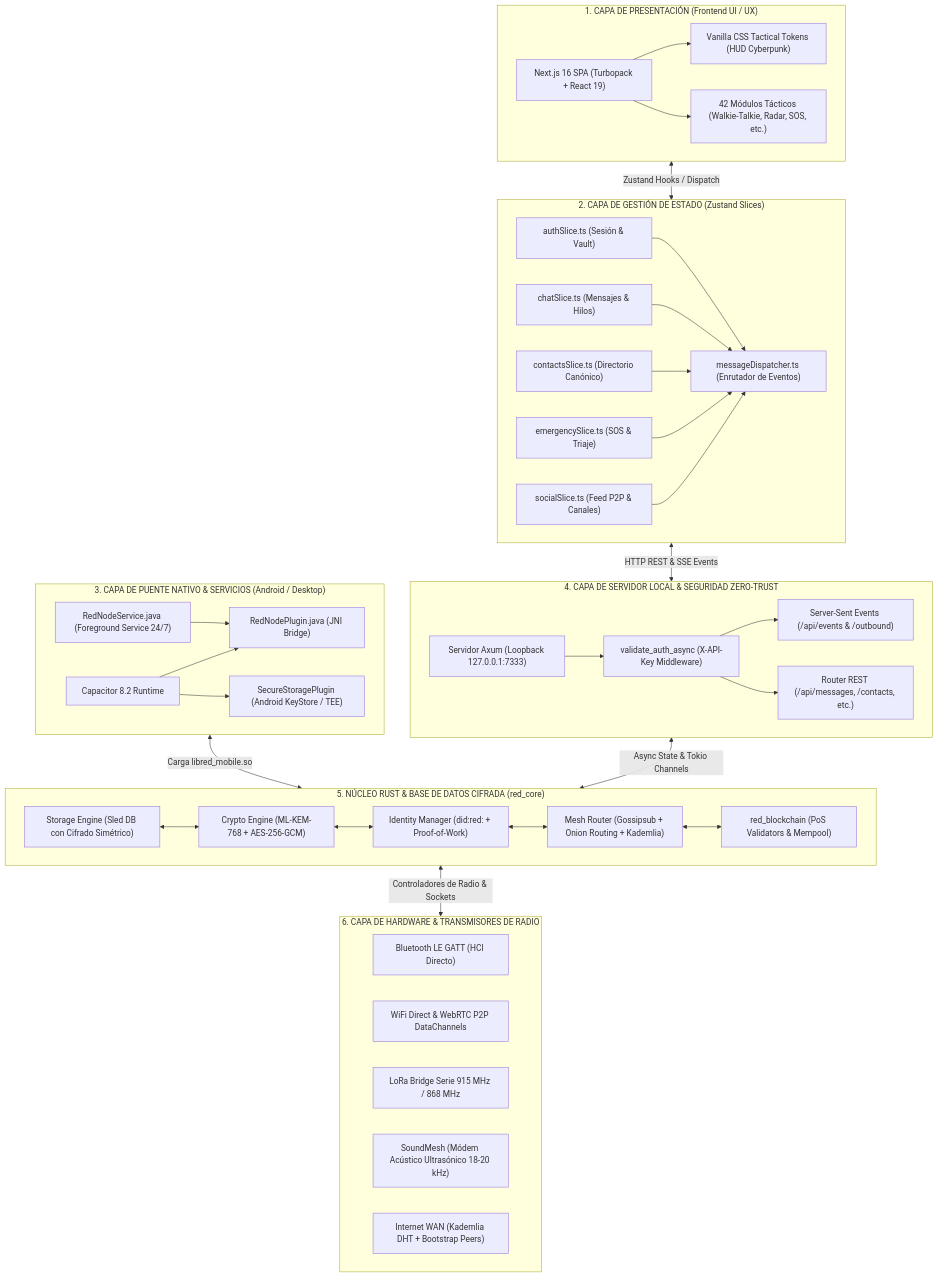
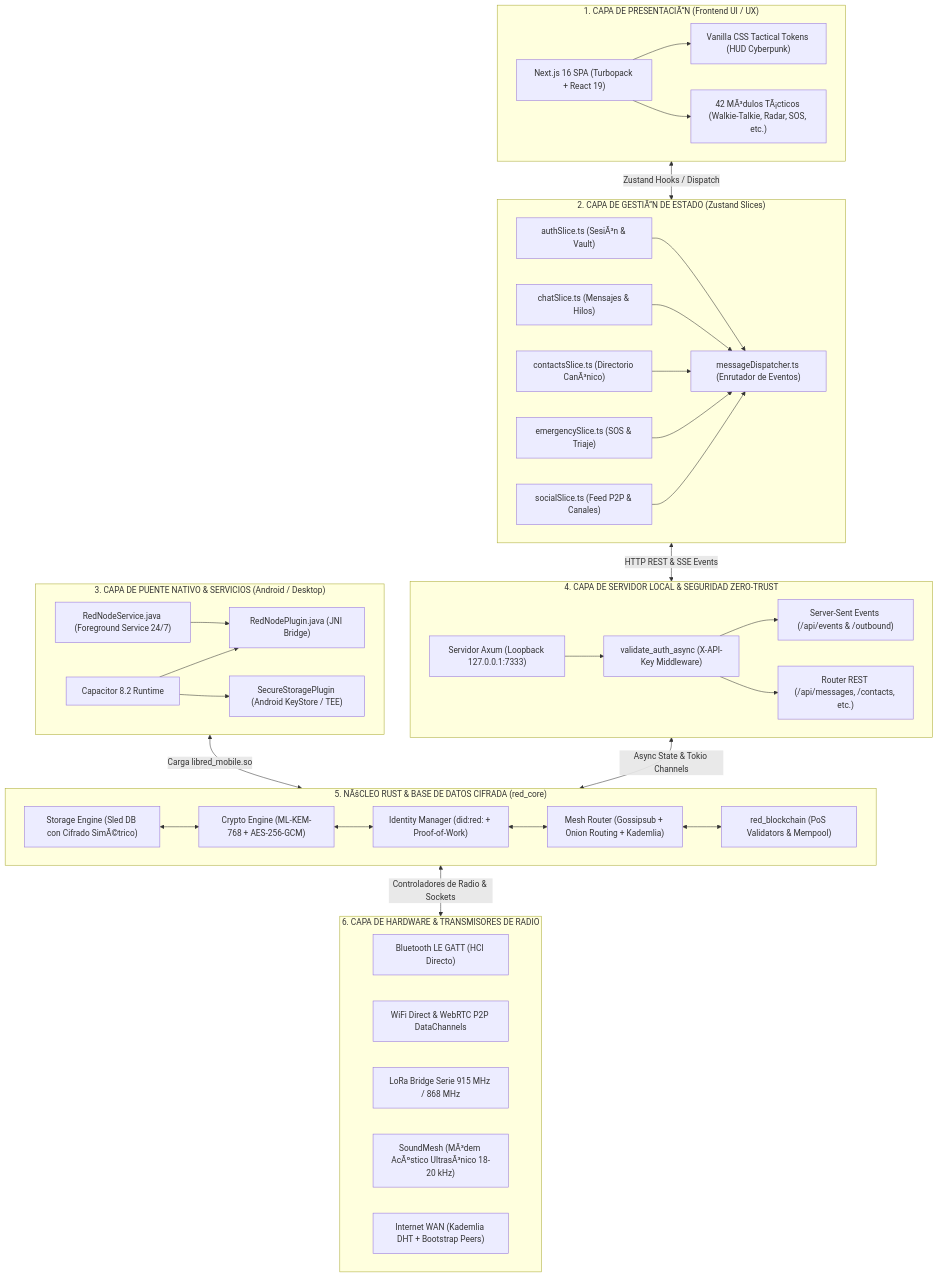
One commit to DarckRovert/RED changed the first of 5 diagrams in ARCHITECTURE.md. Above: the diagram before and after it, drawn with Mermaid. The commit also changed other lines of this file and 49 other files, not shown here.

````diff
--- a/ARCHITECTURE.md
+++ b/ARCHITECTURE.md
@@ -22,74 +22,74 @@
 ```mermaid
 graph TD
-    subgraph CAPA_1_PRESENTACION ["1. CAPA DE PRESENTACIÓN (Frontend UI / UX)"]
+    subgraph CAPA_1_PRESENTACION ["1. CAPA DE PRESENTACIÃ“N (Frontend UI / UX)"]
         UI_SPA["Next.js 16 SPA (Turbopack + React 19)"]
         CSS_TOKENS["Vanilla CSS Tactical Tokens (HUD Cyberpunk)"]
-        MOD_CATALOG["42 Módulos Tácticos (Walkie-Talkie, Radar, SOS, etc.)"]
+        MOD_CATALOG["42 MÃ³dulos TÃ¡cticos (Walkie-Talkie, Radar, SOS, etc.)"]
         UI_SPA --> CSS_TOKENS
         UI_SPA --> MOD_CATALOG
     end
 
-    subgraph CAPA_2_ESTADO ["2. CAPA DE GESTIÓN DE ESTADO (Zustand Slices)"]
-        Z_AUTH["authSlice.ts (Sesión & Vault)"]
+    subgraph CAPA_2_ESTADO ["2. CAPA DE GESTIÃ“N DE ESTADO (Zustand Slices)"]
+        Z_AUTH["authSlice.ts (SesiÃ³n & Vault)"]
         Z_CHAT["chatSlice.ts (Mensajes & Hilos)"]
-        Z_CONTACTS["contactsSlice.ts (Directorio Canónico)"]
+        Z_CONTACTS["contactsSlice.ts (Directorio CanÃ³nico)"]
         Z_EMERGENCY["emergencySlice.ts (SOS & Triaje)"]
         Z_SOCIAL["socialSlice.ts (Feed P2P & Canales)"]
         DISPATCHER["messageDispatcher.ts (Enrutador de Eventos)"]
         
         Z_AUTH --> DISPATCHER
         Z_CHAT --> DISPATCHER
         Z_CONTACTS --> DISPATCHER
         Z_EMERGENCY --> DISPATCHER
         Z_SOCIAL --> DISPATCHER
     end
 
     subgraph CAPA_3_PUENTE ["3. CAPA DE PUENTE NATIVO & SERVICIOS (Android / Desktop)"]
         CAP_BRIDGE["Capacitor 8.2 Runtime"]
         JNI_PLUGIN["RedNodePlugin.java (JNI Bridge)"]
         BG_SERVICE["RedNodeService.java (Foreground Service 24/7)"]
         SEC_STORE["SecureStoragePlugin (Android KeyStore / TEE)"]
         
         CAP_BRIDGE --> JNI_PLUGIN
         CAP_BRIDGE --> SEC_STORE
         BG_SERVICE --> JNI_PLUGIN
     end
 
     subgraph CAPA_4_SERVIDOR ["4. CAPA DE SERVIDOR LOCAL & SEGURIDAD ZERO-TRUST"]
         AXUM_SRV["Servidor Axum (Loopback 127.0.0.1:7333)"]
         AUTH_MW["validate_auth_async (X-API-Key Middleware)"]
         SSE_STREAM["Server-Sent Events (/api/events & /outbound)"]
         REST_ROUTES["Router REST (/api/messages, /contacts, etc.)"]
         
         AXUM_SRV --> AUTH_MW
         AUTH_MW --> SSE_STREAM
         AUTH_MW --> REST_ROUTES
     end
 
-    subgraph CAPA_5_RUST_CORE ["5. NÚCLEO RUST & BASE DE DATOS CIFRADA (red_core)"]
-        RUST_STORAGE["Storage Engine (Sled DB con Cifrado Simétrico)"]
+    subgraph CAPA_5_RUST_CORE ["5. NÃšCLEO RUST & BASE DE DATOS CIFRADA (red_core)"]
+        RUST_STORAGE["Storage Engine (Sled DB con Cifrado SimÃ©trico)"]
         RUST_CRYPTO["Crypto Engine (ML-KEM-768 + AES-256-GCM)"]
         RUST_IDENTITY["Identity Manager (did:red: + Proof-of-Work)"]
         RUST_MESH["Mesh Router (Gossipsub + Onion Routing + Kademlia)"]
         RUST_BLOCKCHAIN["red_blockchain (PoS Validators & Mempool)"]
         
         RUST_STORAGE <--> RUST_CRYPTO
         RUST_CRYPTO <--> RUST_IDENTITY
         RUST_IDENTITY <--> RUST_MESH
         RUST_MESH <--> RUST_BLOCKCHAIN
     end
 
     subgraph CAPA_6_HARDWARE ["6. CAPA DE HARDWARE & TRANSMISORES DE RADIO"]
         BLE_RADIO["Bluetooth LE GATT (HCI Directo)"]
         WIFI_RADIO["WiFi Direct & WebRTC P2P DataChannels"]
         LORA_RADIO["LoRa Bridge Serie 915 MHz / 868 MHz"]
-        SOUND_MODEM["SoundMesh (Módem Acústico Ultrasónico 18-20 kHz)"]
+        SOUND_MODEM["SoundMesh (MÃ³dem AcÃºstico UltrasÃ³nico 18-20 kHz)"]
         WAN_DHT["Internet WAN (Kademlia DHT + Bootstrap Peers)"]
     end
 
     CAPA_1_PRESENTACION <-->|"Zustand Hooks / Dispatch"| CAPA_2_ESTADO
     CAPA_2_ESTADO <-->|"HTTP REST & SSE Events"| CAPA_4_SERVIDOR
     CAPA_3_PUENTE <-->|"Carga libred_mobile.so"| CAPA_5_RUST_CORE
     CAPA_4_SERVIDOR <-->|"Async State & Tokio Channels"| CAPA_5_RUST_CORE
     CAPA_5_RUST_CORE <-->|"Controladores de Radio & Sockets"| CAPA_6_HARDWARE
 ```
````
